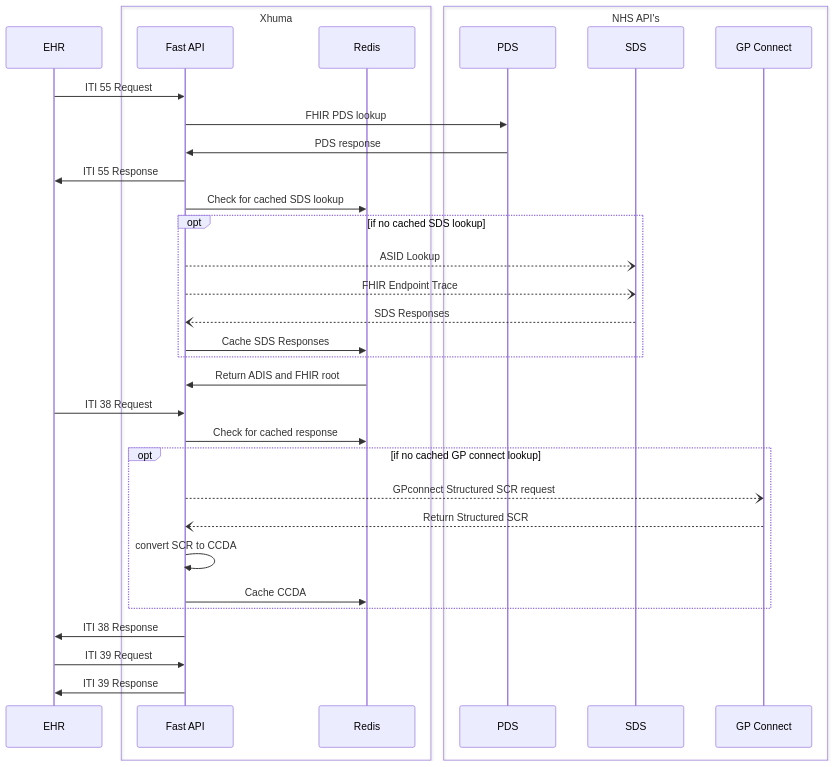
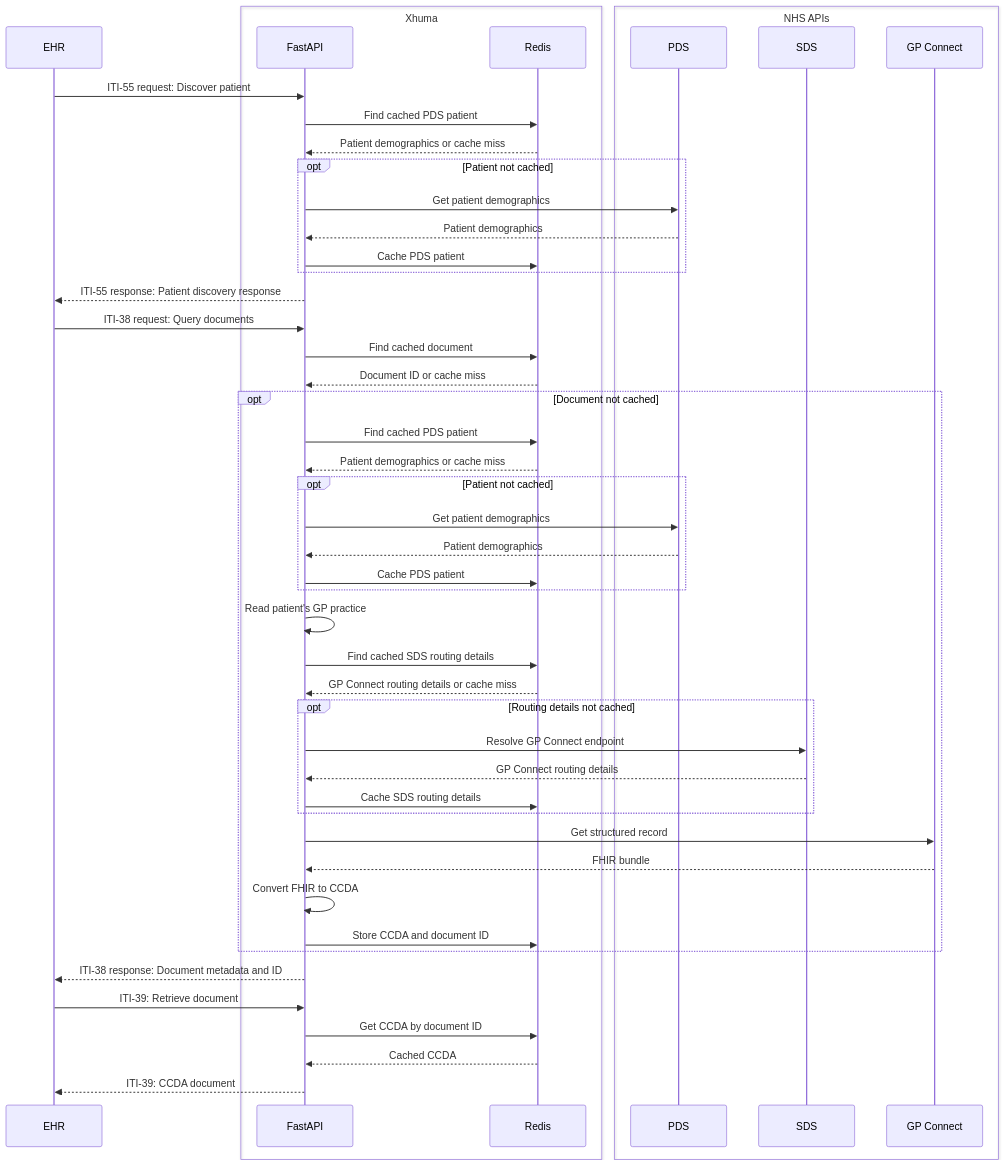
The diagram in README.md (UCLH-Digital-Innovation-Hub/Xhuma), drawn with Mermaid before and after one commit. The commit also changed other lines of this file and 10 other files, not shown here.

````diff
--- a/README.md
+++ b/README.md
@@ -33,38 +57,54 @@
 ```mermaid
 sequenceDiagram
     participant EHR
     box Xhuma
-    participant Fast API
-    participant Redis
+    participant API as FastAPI
+    participant Cache as Redis
     end
-    box NHS API's
+    box NHS APIs
     participant PDS
     participant SDS
-    participant GP Connect
+    participant GP as GP Connect
     end
 
+    EHR->>API: ITI-55 request: Discover patient
+    API->>Cache: Find cached PDS patient
+    Cache-->>API: Patient demographics or cache miss
+    opt Patient not cached
+        API->>PDS: Get patient demographics
+        PDS-->>API: Patient demographics
+        API->>Cache: Cache PDS patient
+    end
+    API-->>EHR: ITI-55 response: Patient discovery response
 
-    EHR->>Fast API: ITI 55 Request
-    Fast API->>PDS: FHIR PDS lookup
-    PDS->>Fast API: PDS response
-    Fast API->>EHR: ITI 55 Response
-    Fast API->>Redis: Check for cached SDS lookup
-    opt if no cached SDS lookup
-    Fast API--)SDS: ASID Lookup
-    Fast API--)SDS: FHIR Endpoint Trace
-    SDS--)Fast API: SDS Responses
-    Fast API->>Redis: Cache SDS Responses
+    EHR->>API: ITI-38 request: Query documents
+    API->>Cache: Find cached document
+    Cache-->>API: Document ID or cache miss
+    opt Document not cached
+        API->>Cache: Find cached PDS patient
+        Cache-->>API: Patient demographics or cache miss
+        opt Patient not cached
+            API->>PDS: Get patient demographics
+            PDS-->>API: Patient demographics
+            API->>Cache: Cache PDS patient
+        end
+        API->>API: Read patient's GP practice
+        API->>Cache: Find cached SDS routing details
+        Cache-->>API: GP Connect routing details or cache miss
+        opt Routing details not cached
+            API->>SDS: Resolve GP Connect endpoint
+            SDS-->>API: GP Connect routing details
+            API->>Cache: Cache SDS routing details
+        end
+        API->>GP: Get structured record
+        GP-->>API: FHIR bundle
+        API->>API: Convert FHIR to CCDA
+        API->>Cache: Store CCDA and document ID
     end
-    Redis->>Fast API: Return ADIS and FHIR root
-    EHR->>Fast API: ITI 38 Request
-    Fast API->>Redis: Check for cached response
-    opt if no cached GP connect lookup
-    Fast API--)GP Connect: GPconnect Structured SCR request
-    GP Connect--)Fast API: Return Structured SCR
-    Fast API->>Fast API: convert SCR to CCDA
-    Fast API->>Redis: Cache CCDA
-    end
-    Fast API->>EHR: ITI 38 Response
-    EHR->>Fast API: ITI 39 Request
-    Fast API->>EHR: ITI 39 Response
+    API-->>EHR: ITI-38 response: Document metadata and ID
+
+    EHR->>API: ITI-39: Retrieve document
+    API->>Cache: Get CCDA by document ID
+    Cache-->>API: Cached CCDA
+    API-->>EHR: ITI-39: CCDA document
 ```
````
